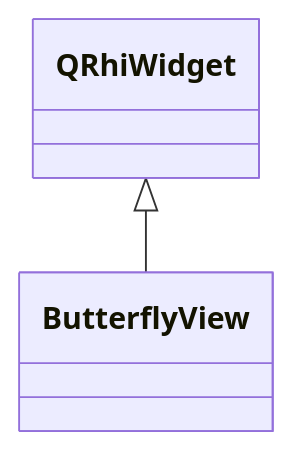
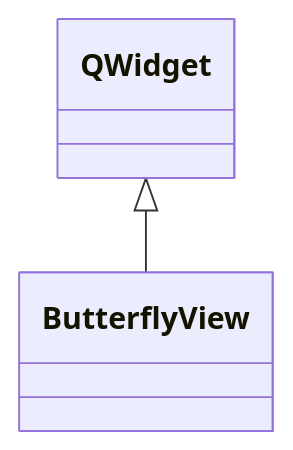
The diagram in doc/website/docs/api/disp/butterfly-view.mdx (mne-tools/mne-cpp), drawn with Mermaid before and after one commit. The commit also changed other lines of this file, not shown here.

Commit message:
docs: regenerate the ButterflyView API page

````diff
--- a/doc/website/docs/api/disp/butterfly-view.mdx
+++ b/doc/website/docs/api/disp/butterfly-view.mdx
@@ -24,4 +24,4 @@
 ```mermaid
 classDiagram
-    QRhiWidget <|-- ButterflyView
+    QWidget <|-- ButterflyView
 ```
````
